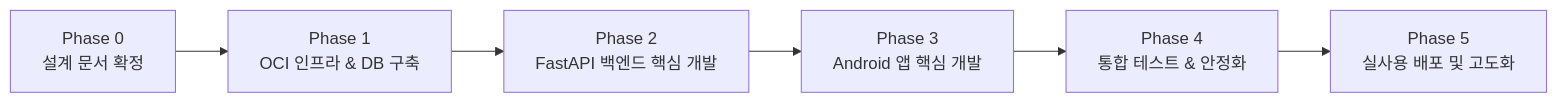
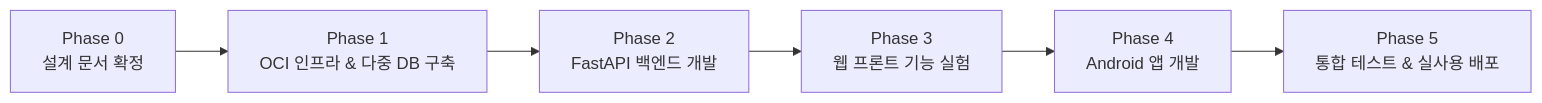
Before and after one commit to mjcode1588/refrigerator_manger: the diagram in docs/01-planning/02-roadmap.md, drawn with Mermaid. The commit also changed other lines of this file and 4 other files, not shown here.

````diff
--- a/docs/01-planning/02-roadmap.md
+++ b/docs/01-planning/02-roadmap.md
@@ -11,8 +11,8 @@
 ```mermaid
 flowchart LR
-    M0["Phase 0\n설계 문서 확정"] --> M1["Phase 1\nOCI 인프라 & DB 구축"]
-    M1 --> M2["Phase 2\nFastAPI 백엔드 핵심 개발"]
-    M2 --> M3["Phase 3\nAndroid 앱 핵심 개발"]
-    M3 --> M4["Phase 4\n통합 테스트 & 안정화"]
-    M4 --> M5["Phase 5\n실사용 배포 및 고도화"]
+    M0["Phase 0\n설계 문서 확정"] --> M1["Phase 1\nOCI 인프라 & 다중 DB 구축"]
+    M1 --> M2["Phase 2\nFastAPI 백엔드 개발"]
+    M2 --> M3["Phase 3\n웹 프론트 기능 실험"]
+    M3 --> M4["Phase 4\nAndroid 앱 개발"]
+    M4 --> M5["Phase 5\n통합 테스트 & 실사용 배포"]
 ```
````
